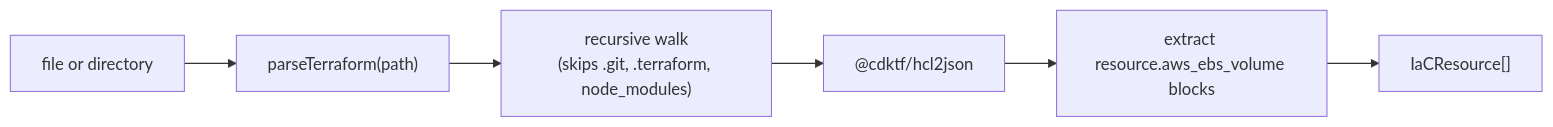
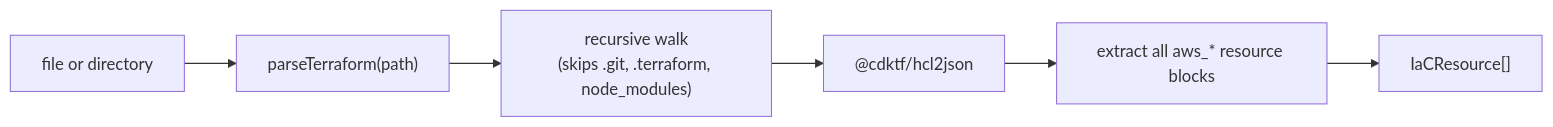
Before and after one commit to towardsthecloud/cloudburn: the third of 3 diagrams in docs/architecture/sdk.md, drawn with Mermaid. The commit also changed other lines of this file and 19 other files, not shown here.

First line of the commit message:
feat(sdk): generalize aws terraform resource parsing (#14)

````diff
--- a/docs/architecture/sdk.md
+++ b/docs/architecture/sdk.md
@@ -75,8 +75,8 @@
 ```mermaid
 graph LR
   Path["file or directory"] --> TF["parseTerraform(path)"]
   TF --> Walk["recursive walk\n(skips .git, .terraform, node_modules)"]
   Walk --> HCL["@cdktf/hcl2json"]
-  HCL --> Extract["extract resource.aws_ebs_volume blocks"]
+  HCL --> Extract["extract all aws_* resource blocks"]
   Extract --> IaC["IaCResource[]"]
 ```
````
